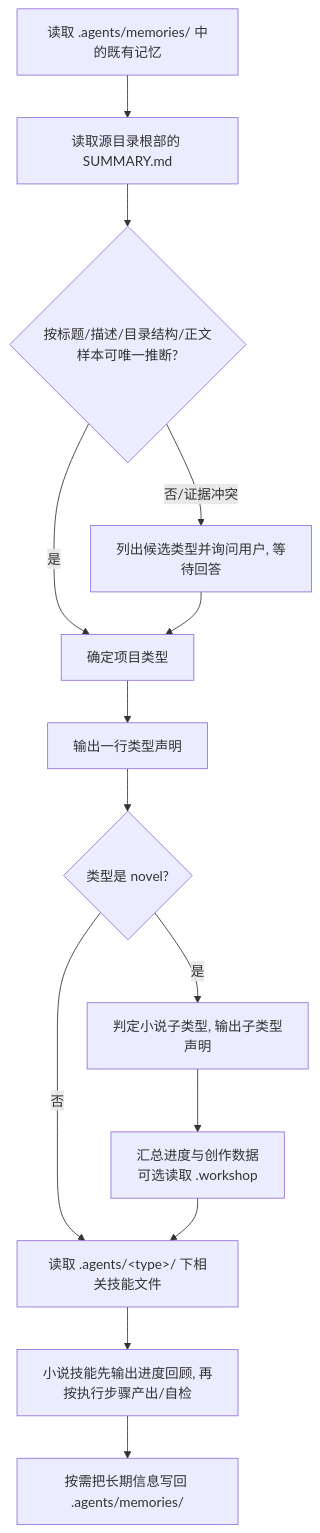
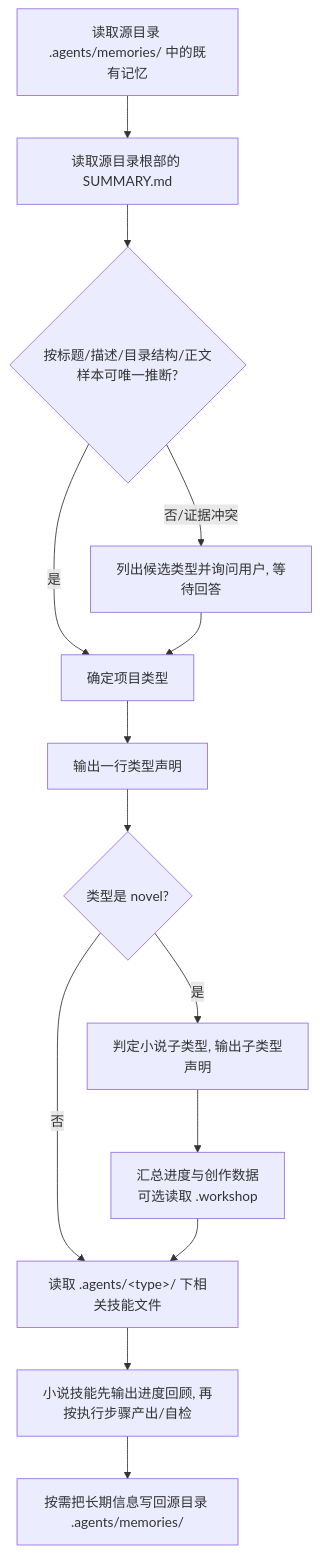
One commit to the-writer/camus changed the diagram in docs/prd/11-ai-skills.md. Above: the diagram before and after it, drawn with Mermaid. The commit also changed other lines of this file and 34 other files, not shown here.

````diff
--- a/docs/prd/11-ai-skills.md
+++ b/docs/prd/11-ai-skills.md
@@ -58,16 +58,16 @@
 ```mermaid
 flowchart TD
-    A[读取 .agents/memories/ 中的既有记忆] --> B[读取源目录根部的 SUMMARY.md]
+    A[读取源目录 .agents/memories/ 中的既有记忆] --> B[读取源目录根部的 SUMMARY.md]
     B --> C{按标题/描述/目录结构/正文样本可唯一推断?}
     C -->|是| D[确定项目类型]
     C -->|否/证据冲突| E[列出候选类型并询问用户, 等待回答]
     E --> D
     D --> F[输出一行类型声明]
     F --> G{类型是 novel?}
     G -->|否| I[读取 .agents/&lt;type&gt;/ 下相关技能文件]
     G -->|是| H[判定小说子类型, 输出子类型声明]
     H --> H2[汇总进度与创作数据<br/>可选读取 .workshop]
     H2 --> I
     I --> J[小说技能先输出进度回顾, 再按执行步骤产出/自检]
-    J --> K[按需把长期信息写回 .agents/memories/]
+    J --> K[按需把长期信息写回源目录 .agents/memories/]
 ```
````
